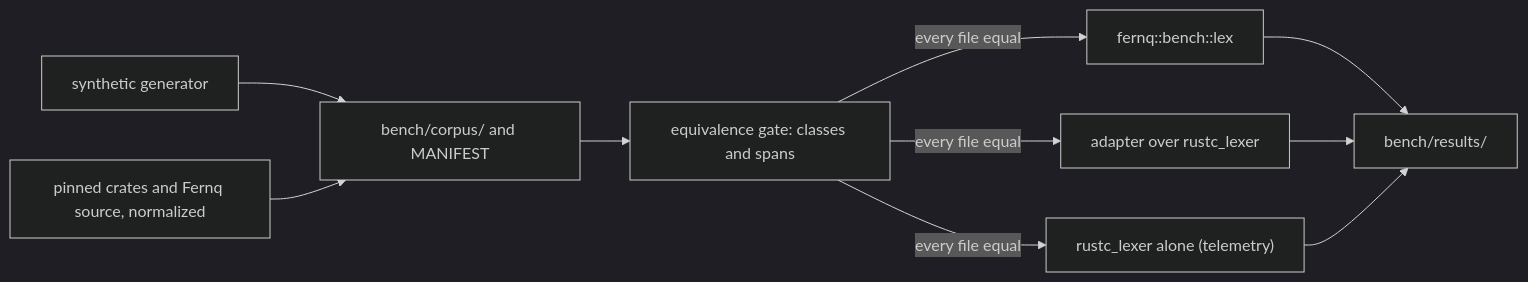
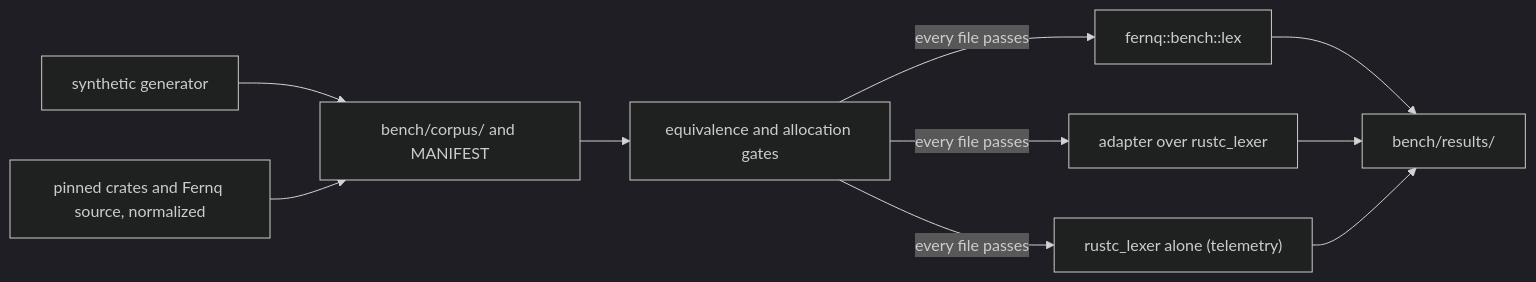
Before and after one commit to meerita/fernq: the diagram in docs/performance/lexing.md, drawn with Mermaid (dark theme). The commit also changed other lines of this file and 1 other file, not shown here.

First line of the commit message:
Document the allocation gate of the lexer benchmark

````diff
--- a/docs/performance/lexing.md
+++ b/docs/performance/lexing.md
@@ -37,18 +37,18 @@
 ```mermaid
 flowchart LR
     gen["synthetic generator"]
     fetch["pinned crates and Fernq source, normalized"]
     corpus["bench/corpus/ and MANIFEST"]
-    gate["equivalence gate: classes and spans"]
+    gate["equivalence and allocation gates"]
     fernq["fernq::bench::lex"]
     adapter["adapter over rustc_lexer"]
     raw["rustc_lexer alone (telemetry)"]
     results["bench/results/"]
 
     gen --> corpus
     fetch --> corpus
     corpus --> gate
-    gate -- "every file equal" --> fernq --> results
-    gate -- "every file equal" --> adapter --> results
-    gate -- "every file equal" --> raw --> results
+    gate -- "every file passes" --> fernq --> results
+    gate -- "every file passes" --> adapter --> results
+    gate -- "every file passes" --> raw --> results
 ```
````
